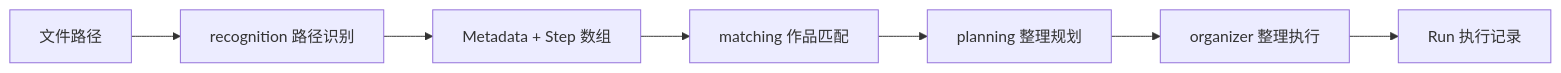
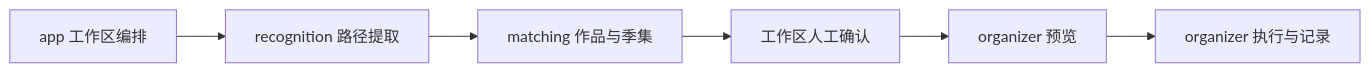
One commit to guhh110/JoyCurator changed the diagram in docs/BACKEND.md. Above: the diagram before and after it, drawn with Mermaid. The commit also changed other lines of this file and 105 other files, not shown here.

````diff
--- a/docs/BACKEND.md
+++ b/docs/BACKEND.md
@@ -5,9 +5,8 @@
 ```mermaid
 flowchart LR
-  Path[文件路径] --> Recognition[recognition 路径识别]
-  Recognition --> Metadata[Metadata + Step 数组]
-  Metadata --> Matching[matching 作品匹配]
-  Matching --> Planning[planning 整理规划]
-  Planning --> Organizer[organizer 整理执行]
-  Organizer --> Run[Run 执行记录]
+  Workspace[app 工作区编排] --> Recognition[recognition 路径提取]
+  Recognition --> Matching[matching 作品与季集]
+  Matching --> Confirm[工作区人工确认]
+  Confirm --> Preview[organizer 预览]
+  Preview --> Execute[organizer 执行与记录]
 ```
````
